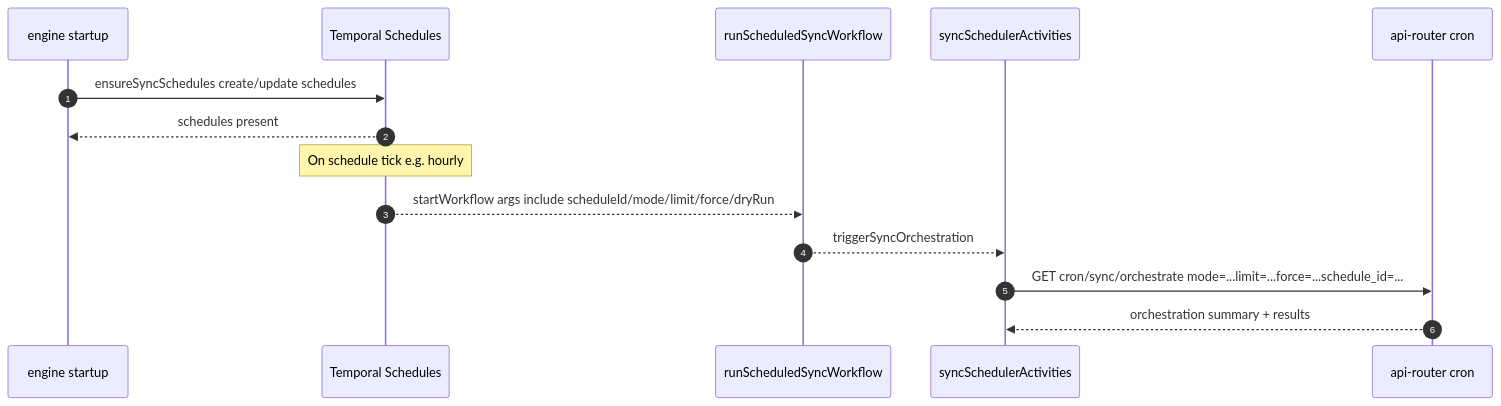
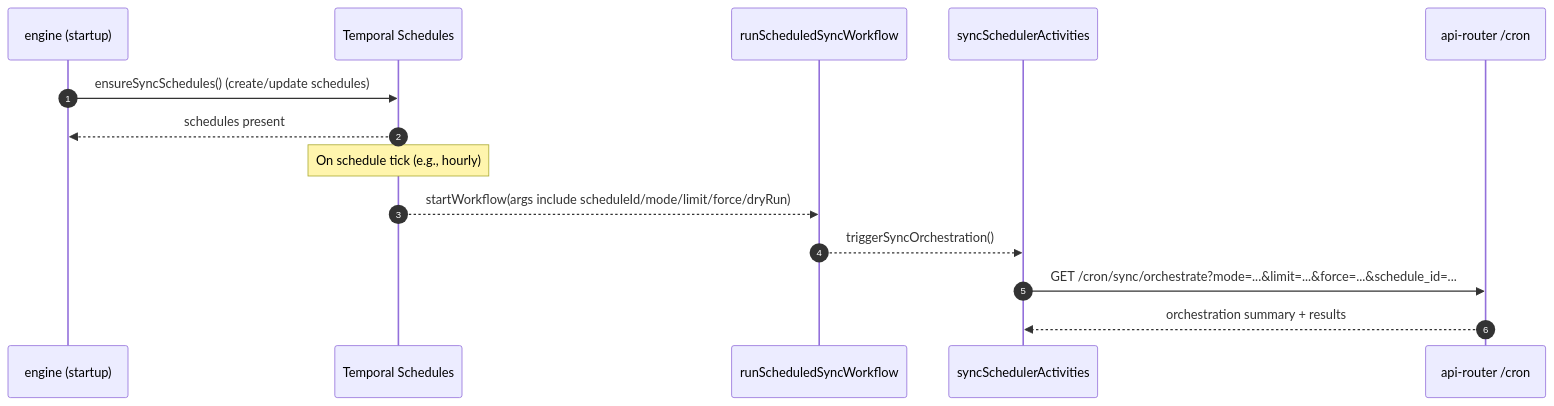
The eighth of 23 diagrams in docs/engineering/architecture/how-dormway-works.mdx (DormWay/mintlify-docs), drawn with Mermaid before and after one commit. The commit also changed other lines of this file and 26 other files, not shown here.

````diff
--- a/docs/engineering/architecture/how-dormway-works.mdx
+++ b/docs/engineering/architecture/how-dormway-works.mdx
@@ -480,18 +480,18 @@
 ```mermaid
 sequenceDiagram
   autonumber
-  participant Engine as engine startup
+  participant Engine as engine (startup)
   participant Temporal as Temporal Schedules
   participant SyncWF as runScheduledSyncWorkflow
   participant SyncAct as syncSchedulerActivities
-  participant API as api-router cron
+  participant API as api-router /cron
 
-  Engine->>Temporal: ensureSyncSchedules create/update schedules
+  Engine->>Temporal: ensureSyncSchedules() (create/update schedules)
   Temporal-->>Engine: schedules present
 
-  Note over Temporal: On schedule tick e.g. hourly
-  Temporal-->>SyncWF: startWorkflow args include scheduleId/mode/limit/force/dryRun
-  SyncWF-->>SyncAct: triggerSyncOrchestration
-  SyncAct->>API: GET cron/sync/orchestrate mode=...limit=...force=...schedule_id=...
+  Note over Temporal: On schedule tick (e.g., hourly)
+  Temporal-->>SyncWF: startWorkflow(args include scheduleId/mode/limit/force/dryRun)
+  SyncWF-->>SyncAct: triggerSyncOrchestration()
+  SyncAct->>API: GET /cron/sync/orchestrate?mode=...&limit=...&force=...&schedule_id=...
   API-->>SyncAct: orchestration summary + results
 ```
````
